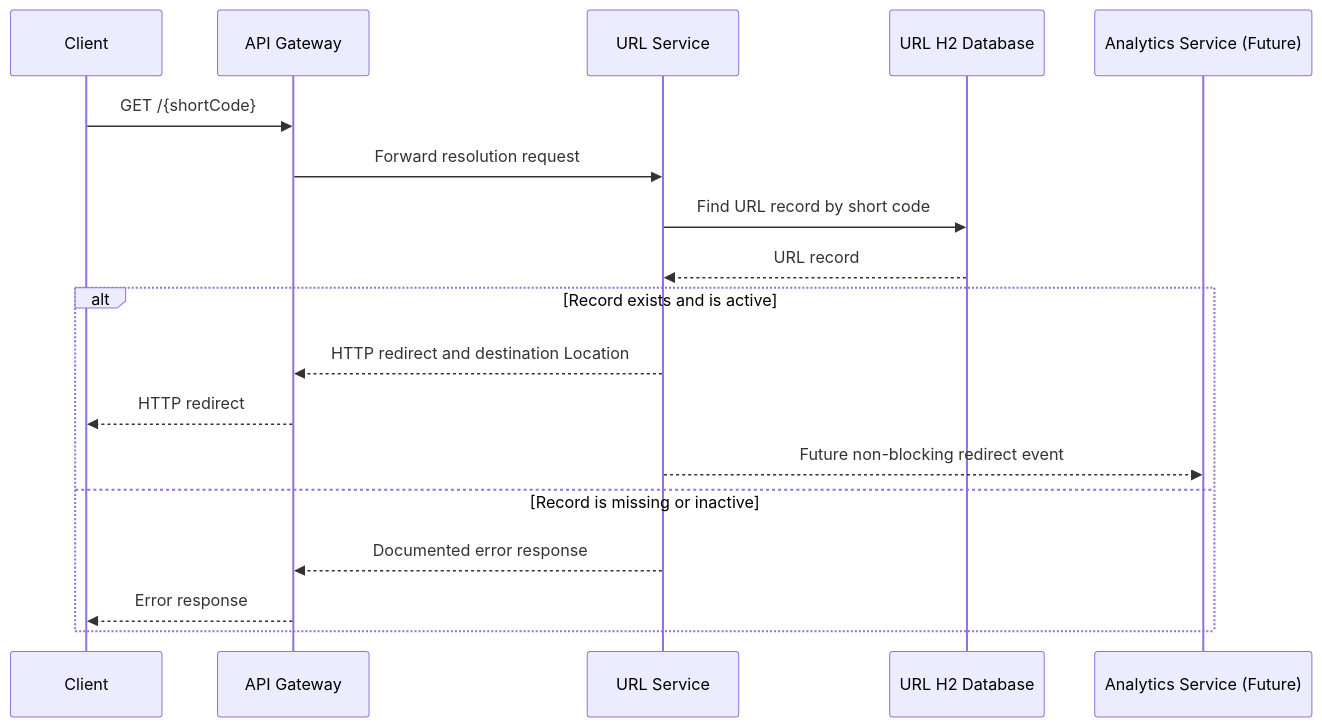
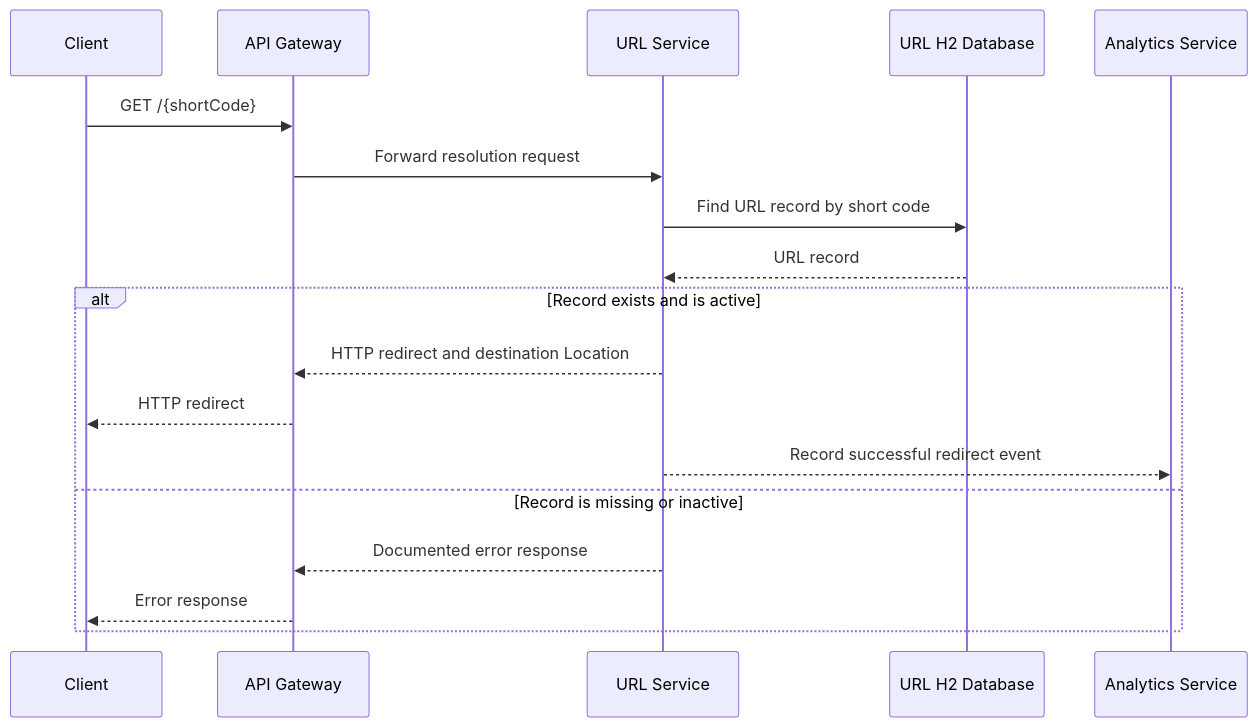
One commit to vamsikrishnaa415-a11y/URLShortner-AI changed the second of 2 diagrams in docs/Architecture.md. Above: the diagram before and after it, drawn with Mermaid. The commit also changed other lines of this file and 1 other file, not shown here.

Commit message:
docs: add architecture design and engineering decisions

````diff
--- a/docs/Architecture.md
+++ b/docs/Architecture.md
@@ -108,21 +99,21 @@
 ```mermaid
 sequenceDiagram
     participant Client
     participant Gateway as API Gateway
     participant URL as URL Service
     participant Database as URL H2 Database
-    participant Analytics as Analytics Service (Future)
+    participant Analytics as Analytics Service
 
     Client->>Gateway: GET /{shortCode}
     Gateway->>URL: Forward resolution request
     URL->>Database: Find URL record by short code
     Database-->>URL: URL record
     alt Record exists and is active
         URL-->>Gateway: HTTP redirect and destination Location
         Gateway-->>Client: HTTP redirect
-        URL-->>Analytics: Future non-blocking redirect event
+        URL-->>Analytics: Record successful redirect event
     else Record is missing or inactive
         URL-->>Gateway: Documented error response
         Gateway-->>Client: Error response
     end
 ```
````
